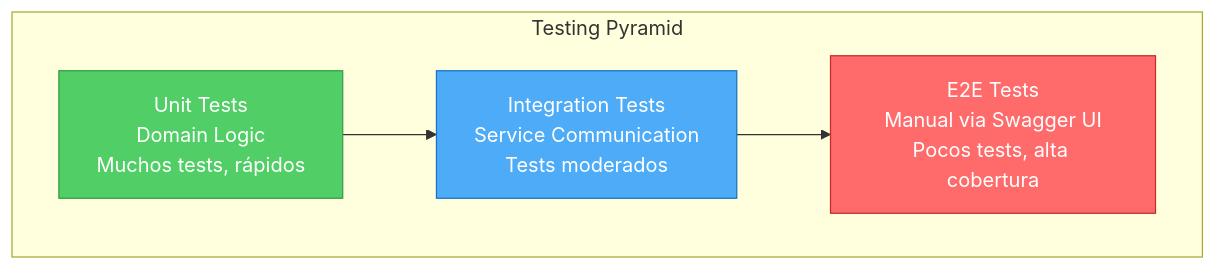
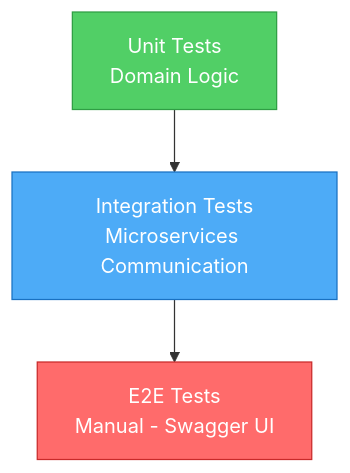
Before and after one commit to Asimpl3-Hero/RubyDoubleV: the first of 2 diagrams in docs/TESTING.md, drawn with Mermaid. The commit also changed other lines of this file, not shown here.

First line of the commit message:
Update TESTING.md

````diff
--- a/docs/TESTING.md
+++ b/docs/TESTING.md
@@ -15,15 +9,13 @@
 ```mermaid
 graph TB
-    subgraph "Testing Pyramid"
-        E2E[E2E Tests<br/>Manual via Swagger UI<br/>Pocos tests, alta cobertura]
-        INT[Integration Tests<br/>Service Communication<br/>Tests moderados]
-        UNIT[Unit Tests<br/>Domain Logic<br/>Muchos tests, rápidos]
-    end
+    E2E[E2E Tests<br/>Manual - Swagger UI]
+    INT[Integration Tests<br/>Microservices Communication]
+    UNIT[Unit Tests<br/>Domain Logic]
 
     UNIT --> INT
     INT --> E2E
 
     style E2E fill:#ff6b6b,stroke:#c92a2a,color:#fff
     style INT fill:#4dabf7,stroke:#1971c2,color:#fff
     style UNIT fill:#51cf66,stroke:#2f9e44,color:#fff
 ```
````
